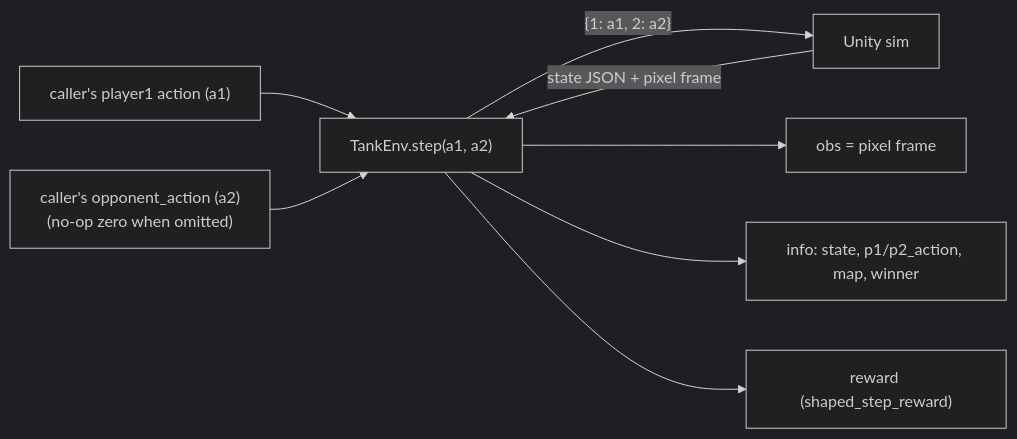
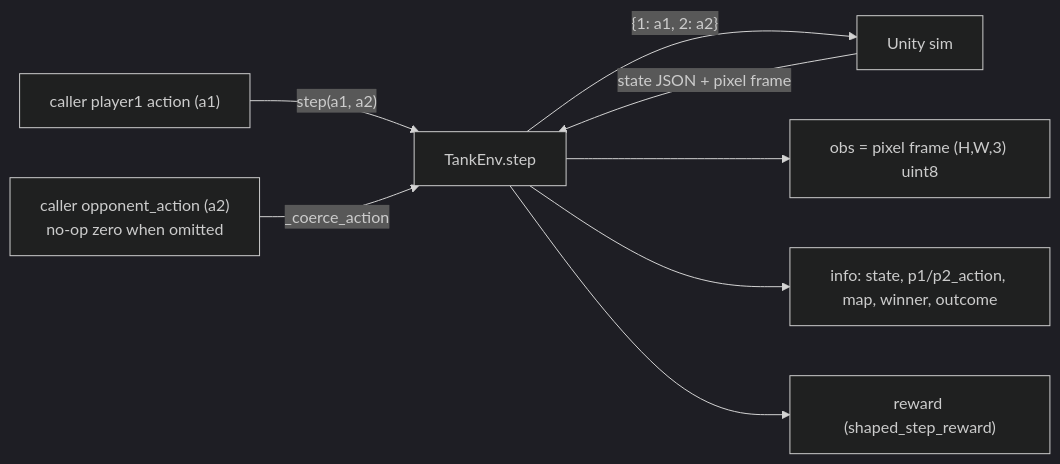
Before and after one commit to urciuolim/TankTwinStickShooter: the first of 2 diagrams in docs/components/env.md, drawn with Mermaid (dark theme). The commit also changed other lines of this file and 11 other files, not shown here.

First line of the commit message:
docs: readability pass -- concept-first pages, mermaid diagrams, code-links; repair drift

````diff
--- a/docs/components/env.md
+++ b/docs/components/env.md
@@ -185,10 +30,10 @@
 ```mermaid
 graph LR
-    a1["caller's player1 action (a1)"] --> step["TankEnv.step(a1, a2)"]
-    a2["caller's opponent_action (a2)<br/>(no-op zero when omitted)"] --> step
+    a1["caller player1 action (a1)"] -->|"step(a1, a2)"| step["TankEnv.step"]
+    a2["caller opponent_action (a2)<br/>no-op zero when omitted"] -->|"_coerce_action"| step
     step -->|"{1: a1, 2: a2}"| unity["Unity sim"]
     unity -->|"state JSON + pixel frame"| step
-    step --> obs["obs = pixel frame"]
-    step --> info["info: state, p1/p2_action, map, winner"]
+    step --> obs["obs = pixel frame (H,W,3) uint8"]
+    step --> info["info: state, p1/p2_action, map, winner, outcome"]
     step --> rew["reward (shaped_step_reward)"]
 ```
````
